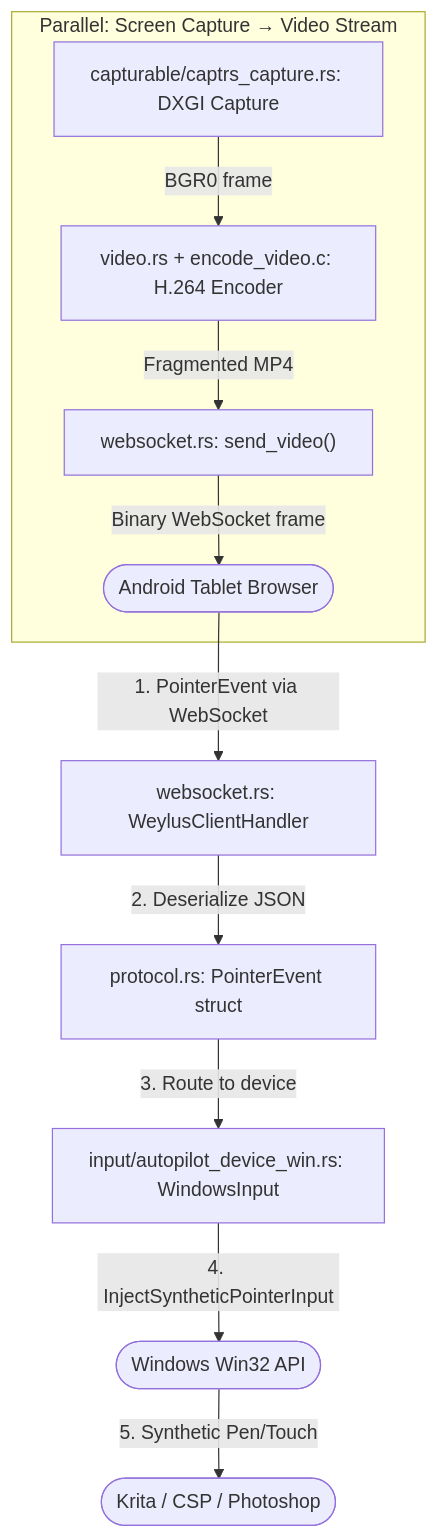
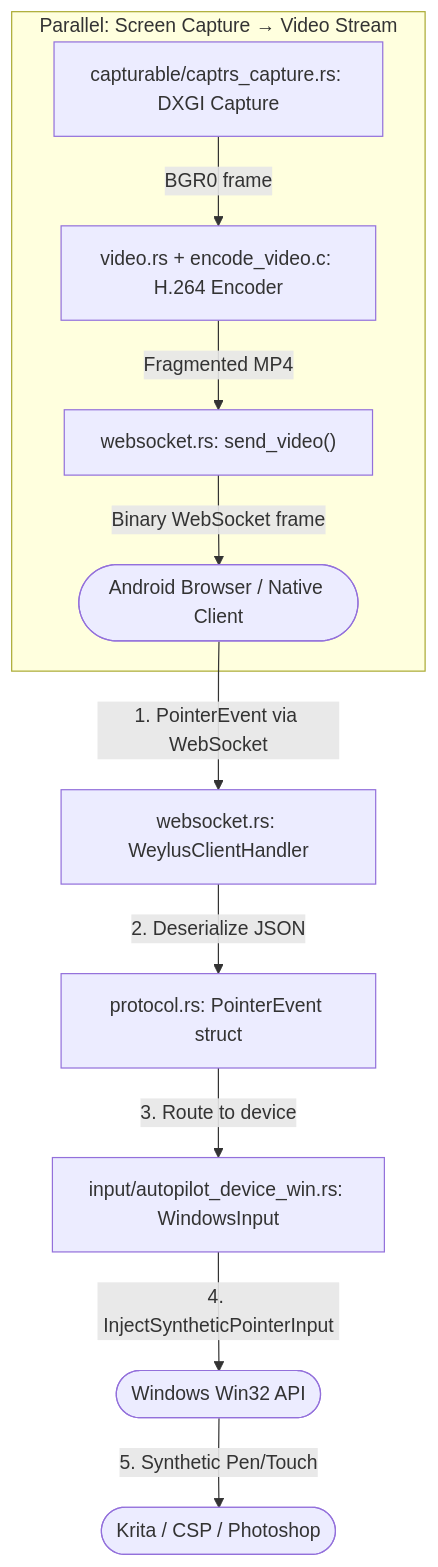
One commit to SapiOwO/Weylus-Studio changed the second of 3 diagrams in docs/ARCHITECTURE.md. Above: the diagram before and after it, drawn with Mermaid. The commit also changed other lines of this file and 3 other files, not shown here.

````diff
--- a/docs/ARCHITECTURE.md
+++ b/docs/ARCHITECTURE.md
@@ -95,14 +113,14 @@
 ```mermaid
 graph TD
-    Tablet([Android Tablet Browser]) -->|1. PointerEvent via WebSocket| WS["websocket.rs: WeylusClientHandler"]
+    Tablet([Android Browser / Native Client]) -->|1. PointerEvent via WebSocket| WS["websocket.rs: WeylusClientHandler"]
     WS -->|2. Deserialize JSON| Proto["protocol.rs: PointerEvent struct"]
     Proto -->|3. Route to device| Win["input/autopilot_device_win.rs: WindowsInput"]
     Win -->|4. InjectSyntheticPointerInput| WinAPI(["Windows Win32 API"])
     WinAPI -->|5. Synthetic Pen/Touch| App(["Krita / CSP / Photoshop"])
 
     subgraph Video Loop [Parallel: Screen Capture → Video Stream]
         Cap["capturable/captrs_capture.rs: DXGI Capture"] -->|BGR0 frame| Enc["video.rs + encode_video.c: H.264 Encoder"]
         Enc -->|Fragmented MP4| WS2["websocket.rs: send_video()"]
         WS2 -->|Binary WebSocket frame| Tablet
     end
 ```
````
